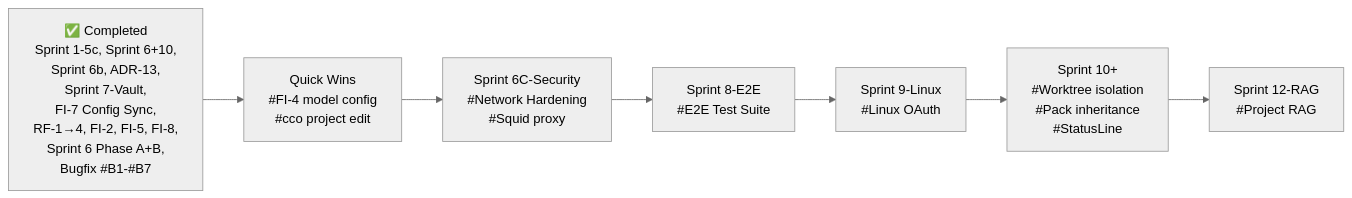
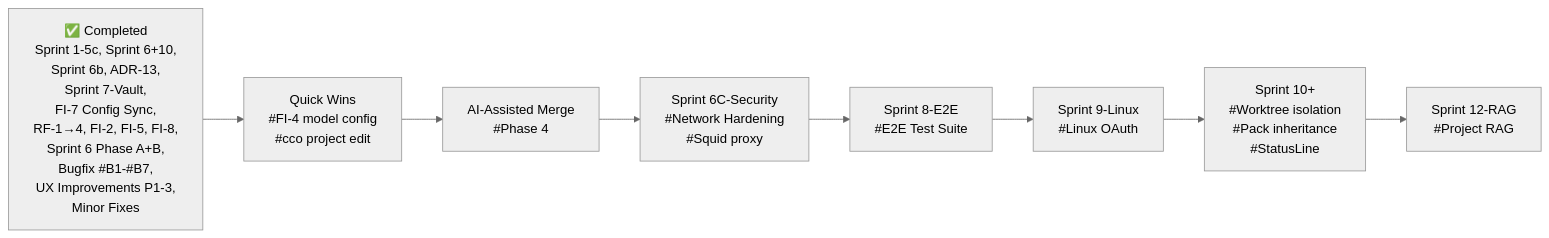
The diagram in docs/maintainer/decisions/roadmap.md (alergyonthestage/claude-orchestrator), drawn with Mermaid (neutral theme) before and after one commit. The commit also changed other lines of this file, not shown here.

First line of the commit message:
docs: update roadmap — UX Improvements P1-3 completed, AI-merge planned, minor fixes

````diff
--- a/docs/maintainer/decisions/roadmap.md
+++ b/docs/maintainer/decisions/roadmap.md
@@ -47,18 +48,20 @@
 ```mermaid
 graph LR
-    DONE["✅ Completed<br/>Sprint 1-5c, Sprint 6+10,<br/>Sprint 6b, ADR-13,<br/>Sprint 7-Vault,<br/>FI-7 Config Sync,<br/>RF-1→4, FI-2, FI-5, FI-8,<br/>Sprint 6 Phase A+B,<br/>Bugfix #B1-#B7"]
+    DONE["✅ Completed<br/>Sprint 1-5c, Sprint 6+10,<br/>Sprint 6b, ADR-13,<br/>Sprint 7-Vault,<br/>FI-7 Config Sync,<br/>RF-1→4, FI-2, FI-5, FI-8,<br/>Sprint 6 Phase A+B,<br/>Bugfix #B1-#B7,<br/>UX Improvements P1-3,<br/>Minor Fixes"]
 
     QW["Quick Wins<br/>#FI-4 model config<br/>#cco project edit"]
+    AIM["AI-Assisted Merge<br/>#Phase 4"]
     S6S["Sprint 6C-Security<br/>#Network Hardening<br/>#Squid proxy"]
     S8E["Sprint 8-E2E<br/>#E2E Test Suite"]
     S9L["Sprint 9-Linux<br/>#Linux OAuth"]
     S10["Sprint 10+<br/>#Worktree isolation<br/>#Pack inheritance<br/>#StatusLine"]
     S12R["Sprint 12-RAG<br/>#Project RAG"]
 
     DONE --> QW
-    QW --> S6S
+    QW --> AIM
+    AIM --> S6S
     S6S --> S8E
     S8E --> S9L
     S9L --> S10
     S10 --> S12R
 ```
````
